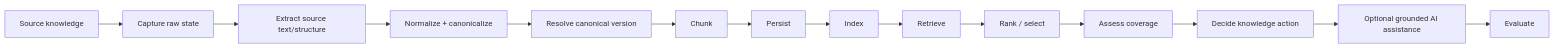
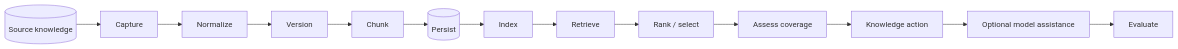
The first of 5 diagrams in docs/architecture/RAG_ARCHITECTURE.md (kumarchandansingh/tropos), drawn with Mermaid before and after one commit. The commit also changed other lines of this file and 13 other files, not shown here.

````diff
--- a/docs/architecture/RAG_ARCHITECTURE.md
+++ b/docs/architecture/RAG_ARCHITECTURE.md
@@ -7,17 +7,16 @@
 ```mermaid
 flowchart LR
-    S[Source knowledge]
-    --> CAP[Capture raw state]
-    --> EX[Extract source text/structure]
-    --> N[Normalize + canonicalize]
-    --> V[Resolve canonical version]
+    S[(Source knowledge)]
+    --> R[Capture]
+    --> N[Normalize]
+    --> V[Version]
     --> C[Chunk]
-    --> P[Persist]
+    --> P[(Persist)]
     --> I[Index]
-    --> R[Retrieve]
+    --> Q[Retrieve]
     --> K[Rank / select]
     --> A[Assess coverage]
-    --> D[Decide knowledge action]
-    --> G[Optional grounded AI assistance]
+    --> D[Knowledge action]
+    --> G[Optional model assistance]
     --> E[Evaluate]
 ```
````
